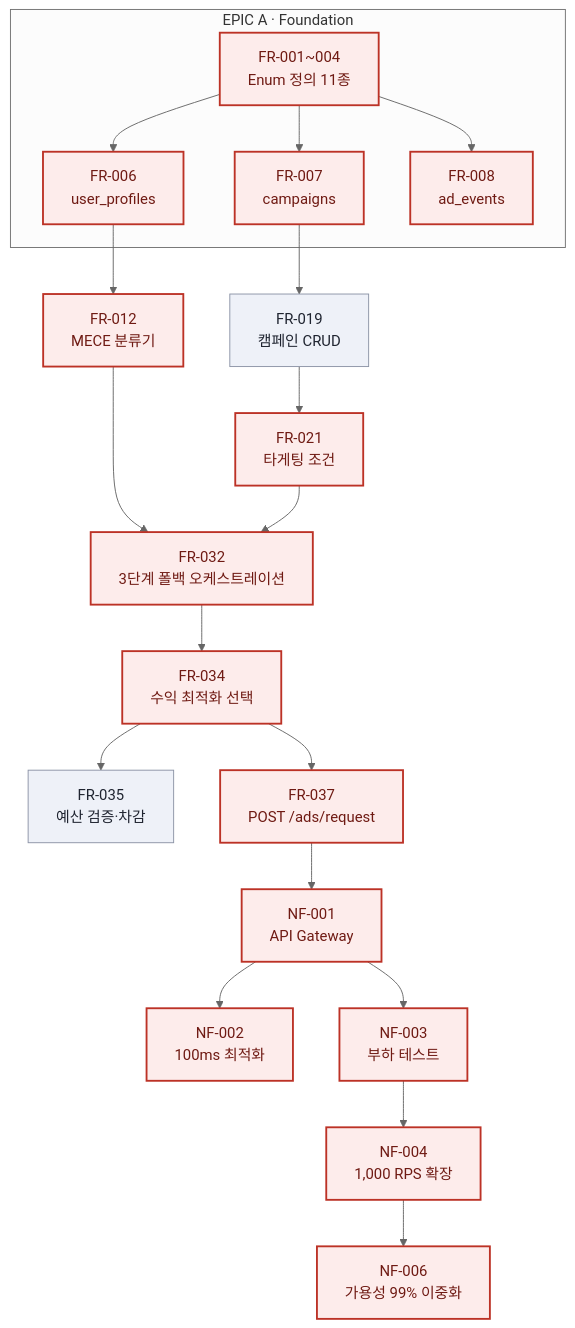
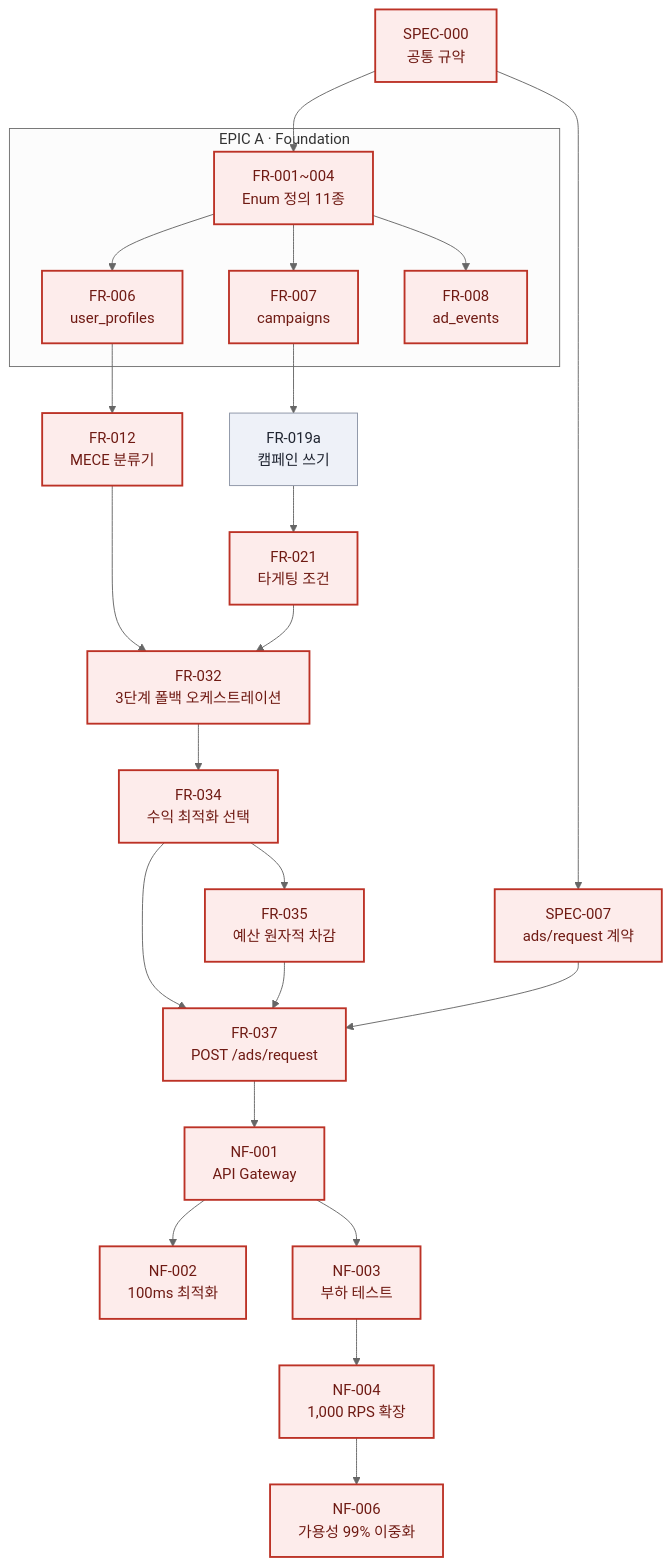
The second of 6 diagrams in TASKS-adtech-mvp-v1.0.md (STERNYUL/AI_PLACE_MATE), drawn with Mermaid (neutral theme) before and after one commit. The commit also changed other lines of this file and 10 other files, not shown here.

````diff
--- a/TASKS-adtech-mvp-v1.0.md
+++ b/TASKS-adtech-mvp-v1.0.md
@@ -251,46 +353,53 @@
 ```mermaid
 graph TD
+  SP0["SPEC-000<br/>공통 규약"]
+  SP7["SPEC-007<br/>ads/request 계약"]
+
   subgraph FOUND["EPIC A · Foundation"]
     E1["FR-001~004<br/>Enum 정의 11종"]
     S1["FR-006<br/>user_profiles"]
     S2["FR-007<br/>campaigns"]
     S3["FR-008<br/>ad_events"]
   end
 
   MECE["FR-012<br/>MECE 분류기"]
-  CRUD["FR-019<br/>캠페인 CRUD"]
+  CRUD["FR-019a<br/>캠페인 쓰기"]
   TGT["FR-021<br/>타게팅 조건"]
 
   FB["FR-032<br/>3단계 폴백 오케스트레이션"]
   YO["FR-034<br/>수익 최적화 선택"]
-  BG["FR-035<br/>예산 검증·차감"]
+  BG["FR-035<br/>예산 원자적 차감"]
   REQ["FR-037<br/>POST /ads/request"]
 
   GW["NF-001<br/>API Gateway"]
   PERF["NF-002<br/>100ms 최적화"]
   LOAD["NF-003<br/>부하 테스트"]
   SCALE["NF-004<br/>1,000 RPS 확장"]
   HA["NF-006<br/>가용성 99% 이중화"]
 
+  SP0 --> SP7
+  SP0 --> E1
   E1 --> S1
   E1 --> S2
   E1 --> S3
   S1 --> MECE
   S2 --> CRUD
   CRUD --> TGT
   MECE --> FB
   TGT --> FB
   FB --> YO
   YO --> BG
   YO --> REQ
+  BG --> REQ
+  SP7 --> REQ
   REQ --> GW
   GW --> PERF
   GW --> LOAD
   LOAD --> SCALE
   SCALE --> HA
 
   classDef crit fill:#fdeceb,stroke:#bc3226,stroke-width:2px,color:#6f1a13
   classDef plain fill:#eef1f8,stroke:#8b93a5,color:#1f2430
-  class E1,S1,S2,S3,MECE,TGT,FB,YO,REQ,GW,PERF,LOAD,SCALE,HA crit
-  class CRUD,BG plain
+  class SP0,SP7,E1,S1,S2,S3,MECE,TGT,FB,YO,BG,REQ,GW,PERF,LOAD,SCALE,HA crit
+  class CRUD plain
 ```
````
